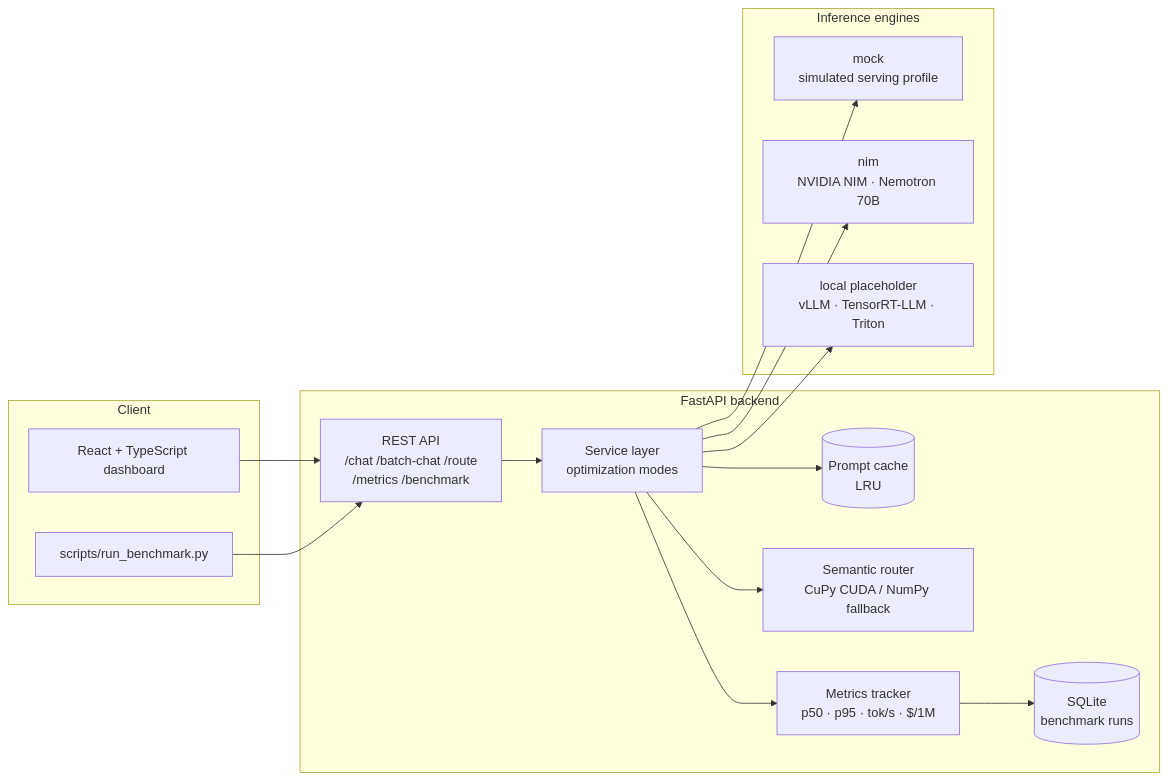
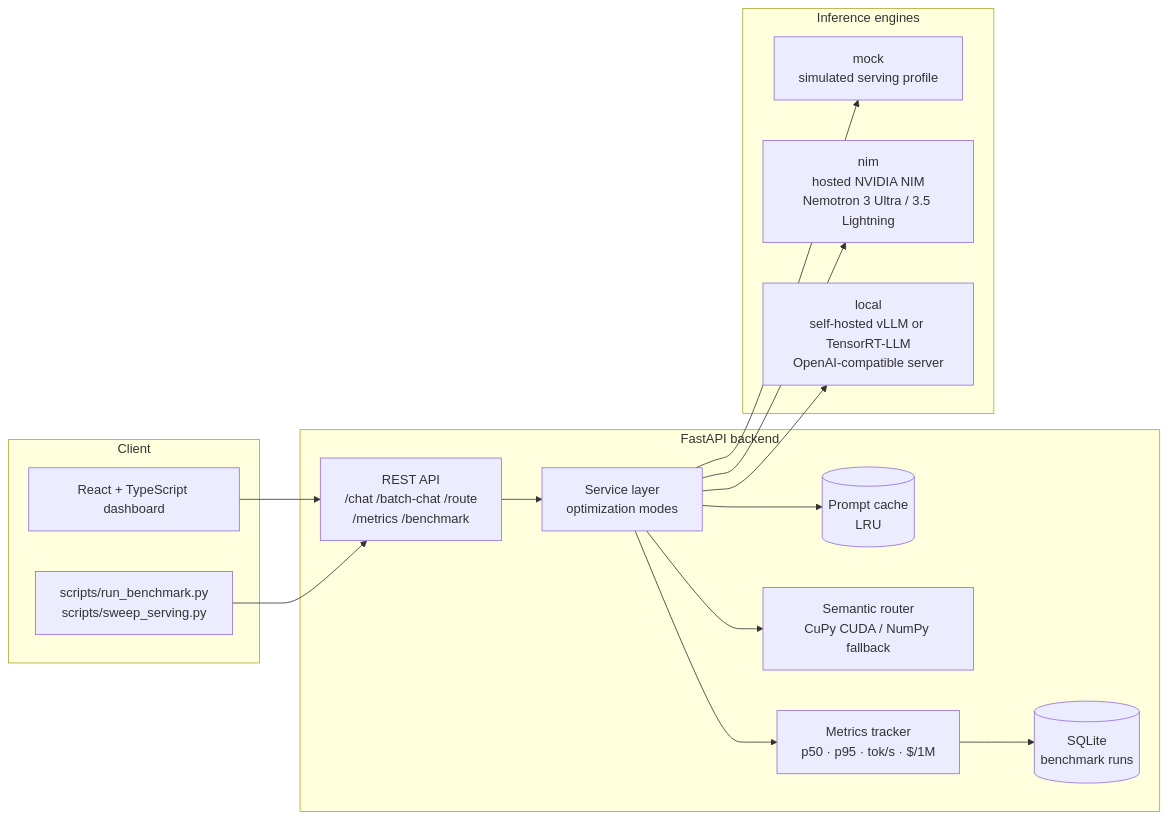
Before and after one commit to rithikagantla/InferEdge: the diagram in README.md, drawn with Mermaid. The commit also changed other lines of this file and 6 other files, not shown here.

````diff
--- a/README.md
+++ b/README.md
@@ -21,31 +22,31 @@
 ```mermaid
 flowchart LR
     subgraph Client
         UI[React + TypeScript dashboard]
-        CLI[scripts/run_benchmark.py]
+        CLI[scripts/run_benchmark.py<br/>scripts/sweep_serving.py]
     end
 
     subgraph Backend[FastAPI backend]
         API[REST API<br/>/chat /batch-chat /route<br/>/metrics /benchmark]
         SVC[Service layer<br/>optimization modes]
         CACHE[(Prompt cache<br/>LRU)]
         ROUTER[Semantic router<br/>CuPy CUDA / NumPy fallback]
         METRICS[Metrics tracker<br/>p50 · p95 · tok/s · $/1M]
         DB[(SQLite<br/>benchmark runs)]
     end
 
     subgraph Inference[Inference engines]
         MOCK[mock<br/>simulated serving profile]
-        NIM[nim<br/>NVIDIA NIM · Nemotron 70B]
-        LOCAL[local placeholder<br/>vLLM · TensorRT-LLM · Triton]
+        NIM[nim<br/>hosted NVIDIA NIM<br/>Nemotron 3 Ultra / 3.5 Lightning]
+        LOCAL[local<br/>self-hosted vLLM or TensorRT-LLM<br/>OpenAI-compatible server]
     end
 
     UI --> API
     CLI --> API
     API --> SVC
     SVC --> CACHE
     SVC --> ROUTER
     SVC --> MOCK & NIM & LOCAL
     SVC --> METRICS
     METRICS --> DB
 ```
````
